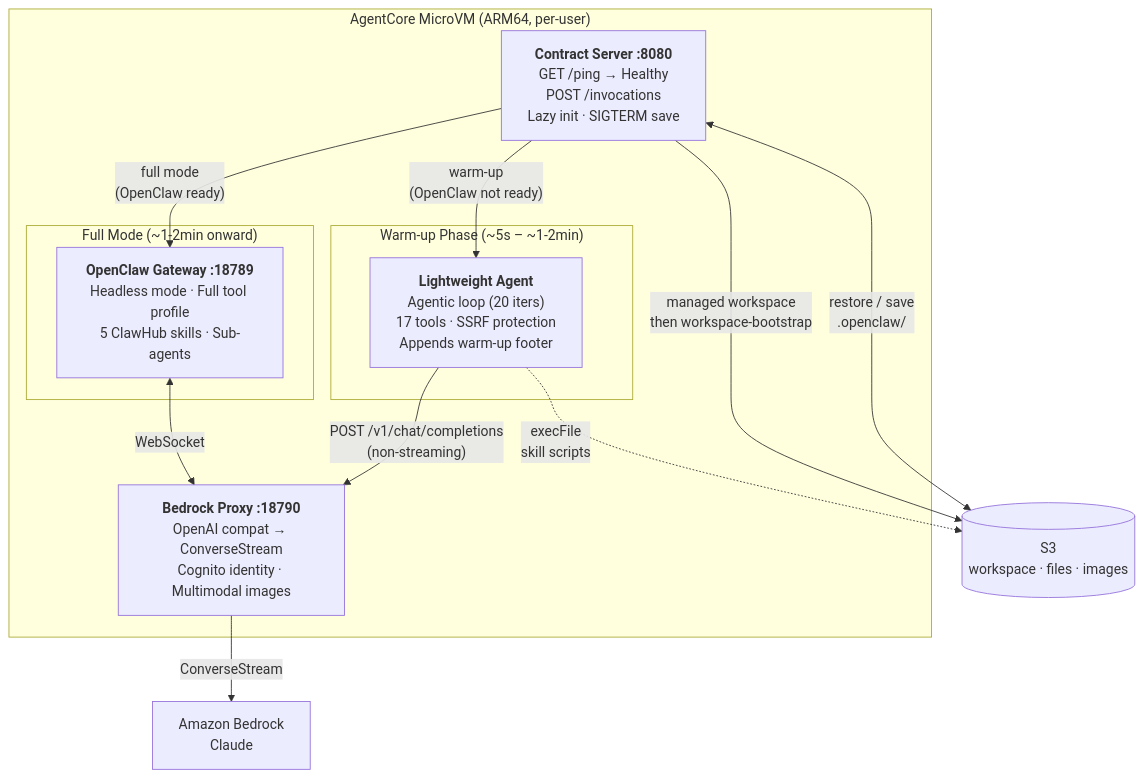
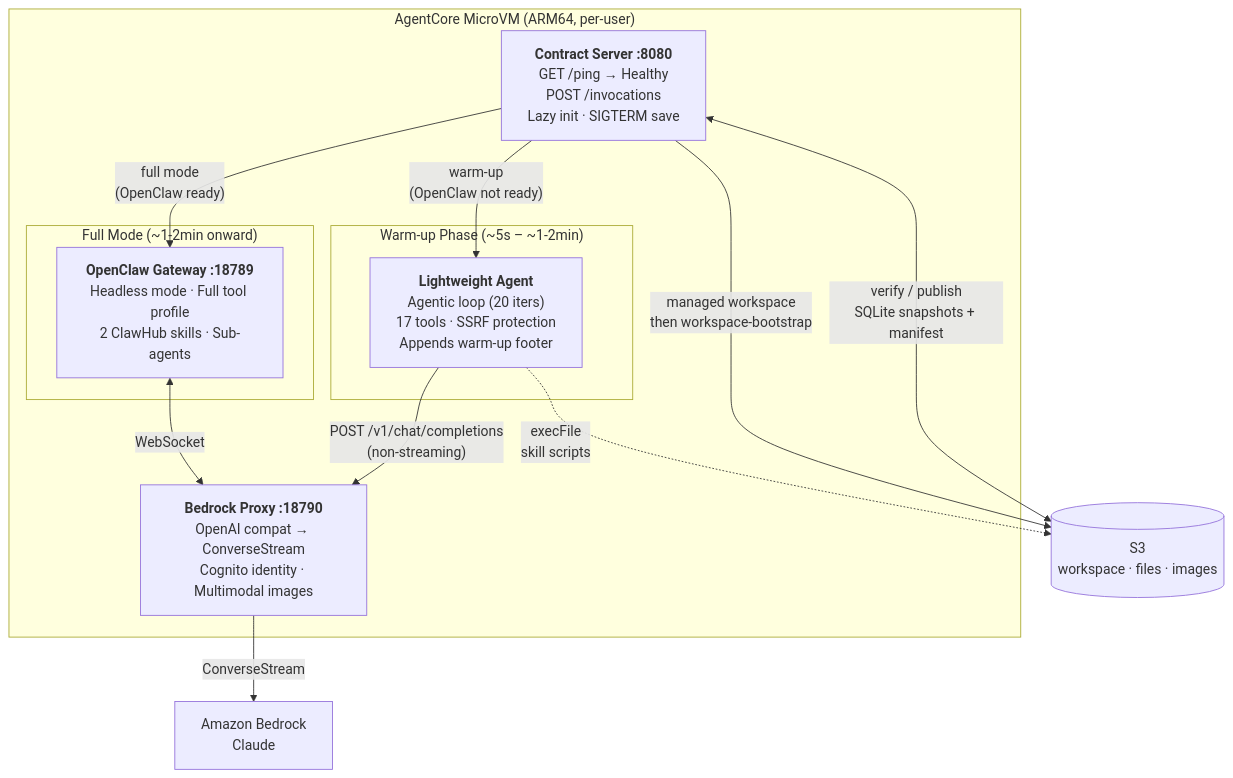
One commit to wongcyrus/sample-host-openclaw-on-amazon-bedrock-agentcore changed the sixth of 8 diagrams in docs/architecture-detailed.md. Above: the diagram before and after it, drawn with Mermaid. The commit also changed other lines of this file and 22 other files, not shown here.

First line of the commit message:
feat(bridge): upgrade OpenClaw to 2026.9.7 with verified workspace recovery

````diff
--- a/docs/architecture-detailed.md
+++ b/docs/architecture-detailed.md
@@ -208,29 +208,29 @@
 ```mermaid
 flowchart TB
     subgraph MicroVM["AgentCore MicroVM (ARM64, per-user)"]
         CONTRACT["<b>Contract Server :8080</b><br/>GET /ping → Healthy<br/>POST /invocations<br/>Lazy init · SIGTERM save"]
 
         CONTRACT -->|"warm-up<br/>(OpenClaw not ready)"| SHIM
         CONTRACT -->|"full mode<br/>(OpenClaw ready)"| OPENCLAW
 
         subgraph ShimBox["Warm-up Phase (~5s – ~1-2min)"]
             SHIM["<b>Lightweight Agent</b><br/>Agentic loop (20 iters)<br/>17 tools · SSRF protection<br/>Appends warm-up footer"]
         end
 
         subgraph FullBox["Full Mode (~1-2min onward)"]
-            OPENCLAW["<b>OpenClaw Gateway :18789</b><br/>Headless mode · Full tool profile<br/>5 ClawHub skills · Sub-agents"]
+            OPENCLAW["<b>OpenClaw Gateway :18789</b><br/>Headless mode · Full tool profile<br/>2 ClawHub skills · Sub-agents"]
         end
 
         PROXY["<b>Bedrock Proxy :18790</b><br/>OpenAI compat → ConverseStream<br/>Cognito identity · Multimodal images"]
 
         SHIM -->|"POST /v1/chat/completions<br/>(non-streaming)"| PROXY
         OPENCLAW <-->|WebSocket| PROXY
     end
 
     PROXY -->|ConverseStream| BEDROCK["Amazon Bedrock<br/>Claude"]
 
     S3[("S3<br/>workspace · files · images")]
-    CONTRACT <-->|"restore / save<br/>.openclaw/"| S3
+    CONTRACT <-->|"verify / publish<br/>SQLite snapshots + manifest"| S3
     CONTRACT -->|"managed workspace<br/><namespace> then workspace-bootstrap"| S3
     SHIM -.->|"execFile<br/>skill scripts"| S3
 ```
````
